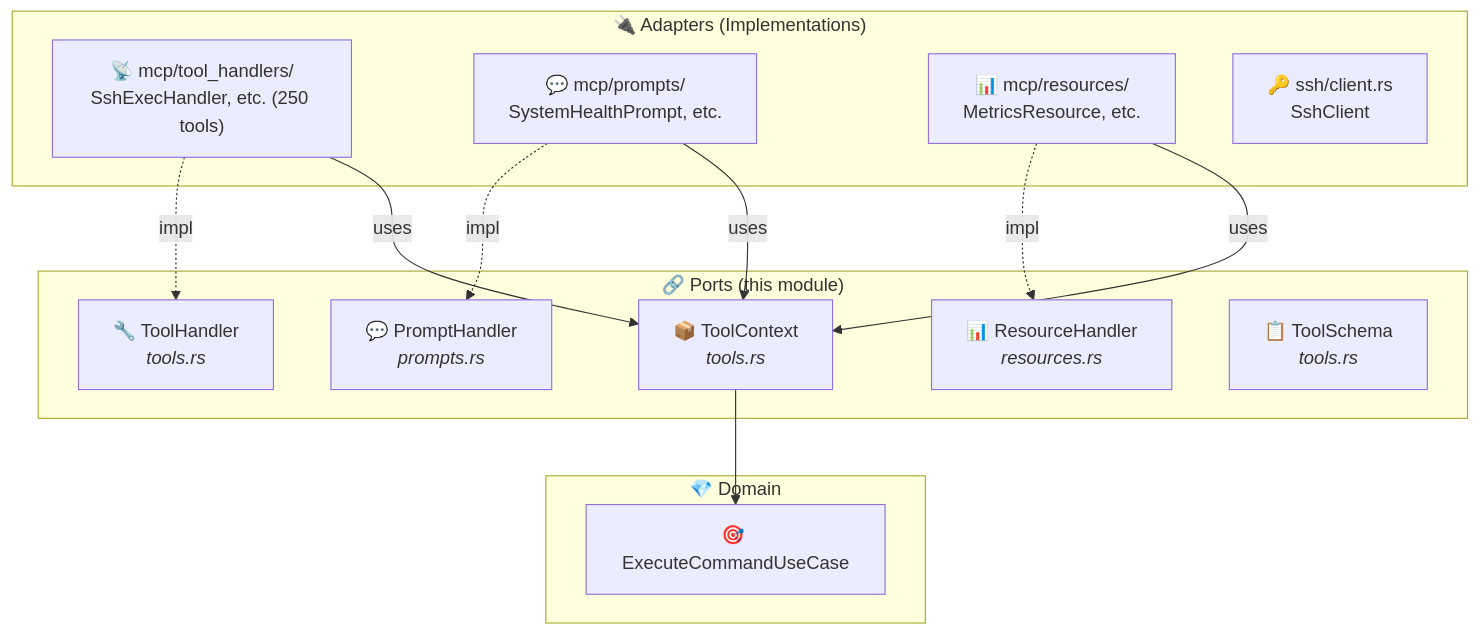
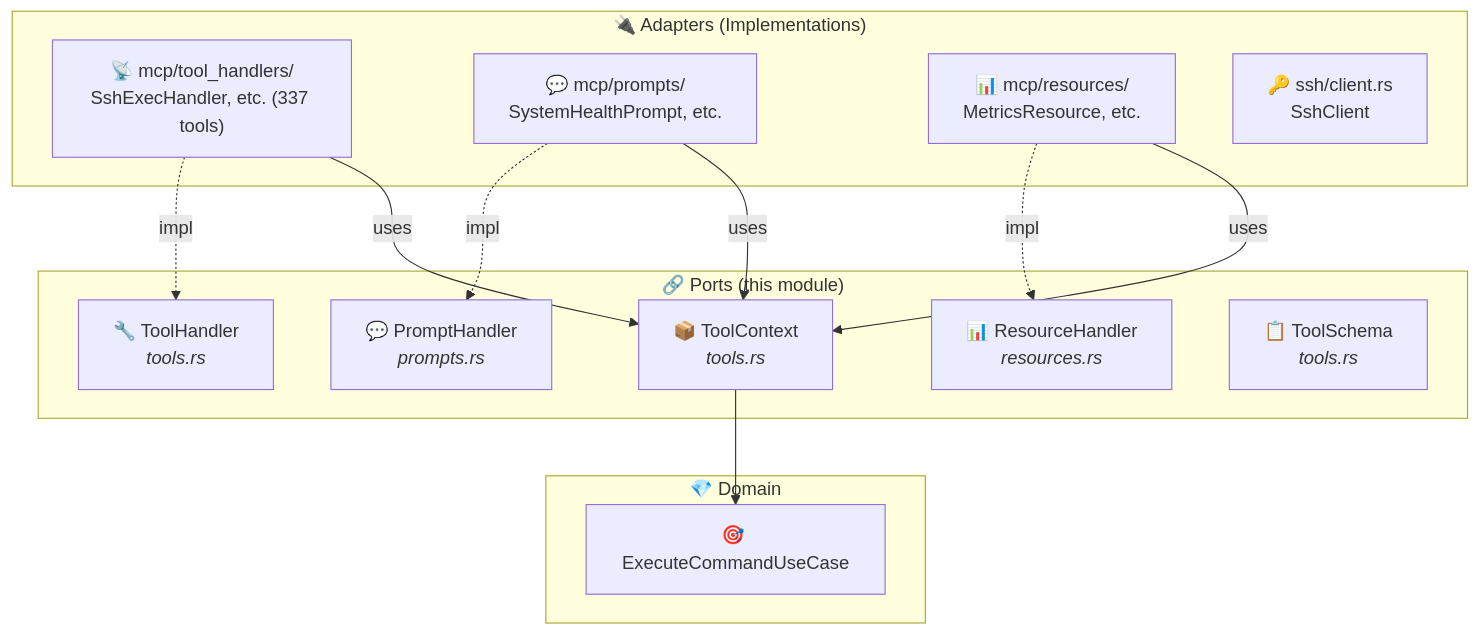
One commit to muchiny/mcp-ssh-bridge changed the first of 5 diagrams in src/ports/README.md. Above: the diagram before and after it, drawn with Mermaid. The commit also changed other lines of this file and 13 other files, not shown here.

````diff
--- a/src/ports/README.md
+++ b/src/ports/README.md
@@ -20,29 +20,29 @@
 ```mermaid
 graph TB
     subgraph Adapters["🔌 Adapters (Implementations)"]
-        MCP["📡 mcp/tool_handlers/<br/>SshExecHandler, etc. (250 tools)"]
+        MCP["📡 mcp/tool_handlers/<br/>SshExecHandler, etc. (337 tools)"]
         PROMPTS["💬 mcp/prompts/<br/>SystemHealthPrompt, etc."]
         RESOURCES["📊 mcp/resources/<br/>MetricsResource, etc."]
         SSH["🔑 ssh/client.rs<br/>SshClient"]
     end
 
     subgraph Ports["🔗 Ports (this module)"]
         TH["🔧 ToolHandler<br/><i>tools.rs</i>"]
         PH["💬 PromptHandler<br/><i>prompts.rs</i>"]
         RH["📊 ResourceHandler<br/><i>resources.rs</i>"]
         TC["📦 ToolContext<br/><i>tools.rs</i>"]
         TS["📋 ToolSchema<br/><i>tools.rs</i>"]
     end
 
     subgraph Domain["💎 Domain"]
         UC["🎯 ExecuteCommandUseCase"]
     end
 
     MCP -.->|"impl"| TH
     PROMPTS -.->|"impl"| PH
     RESOURCES -.->|"impl"| RH
     MCP -->|"uses"| TC
     PROMPTS -->|"uses"| TC
     RESOURCES -->|"uses"| TC
     TC --> UC
 ```
````
